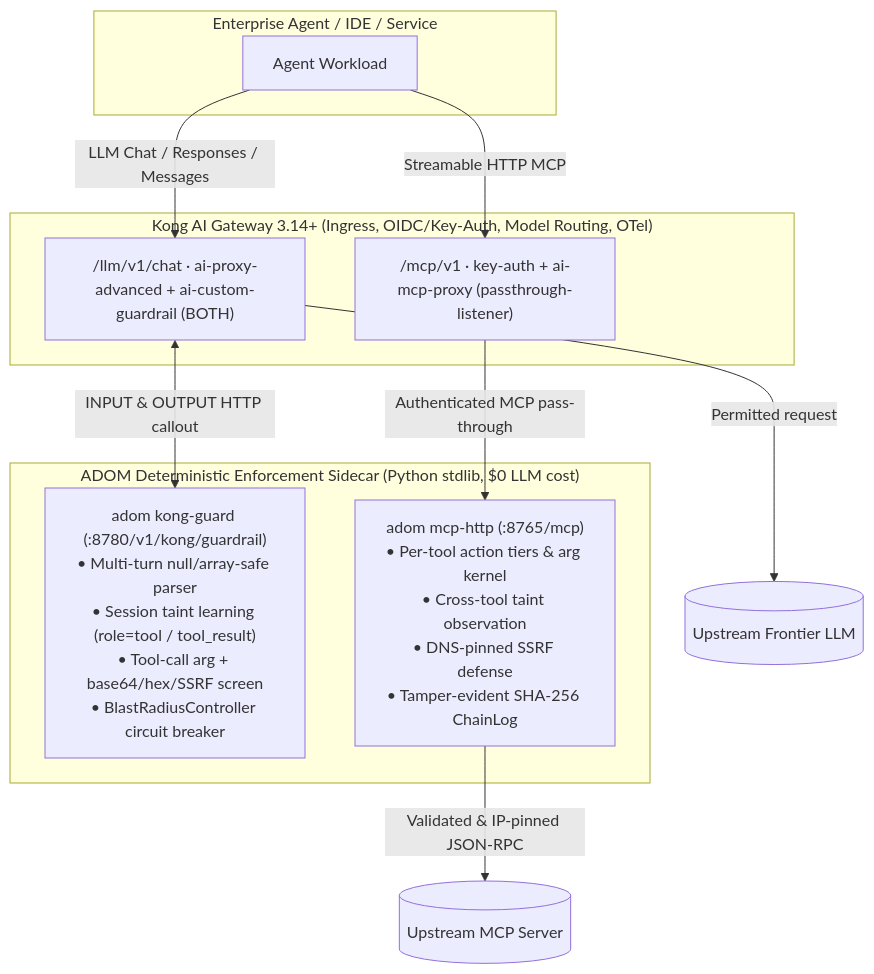
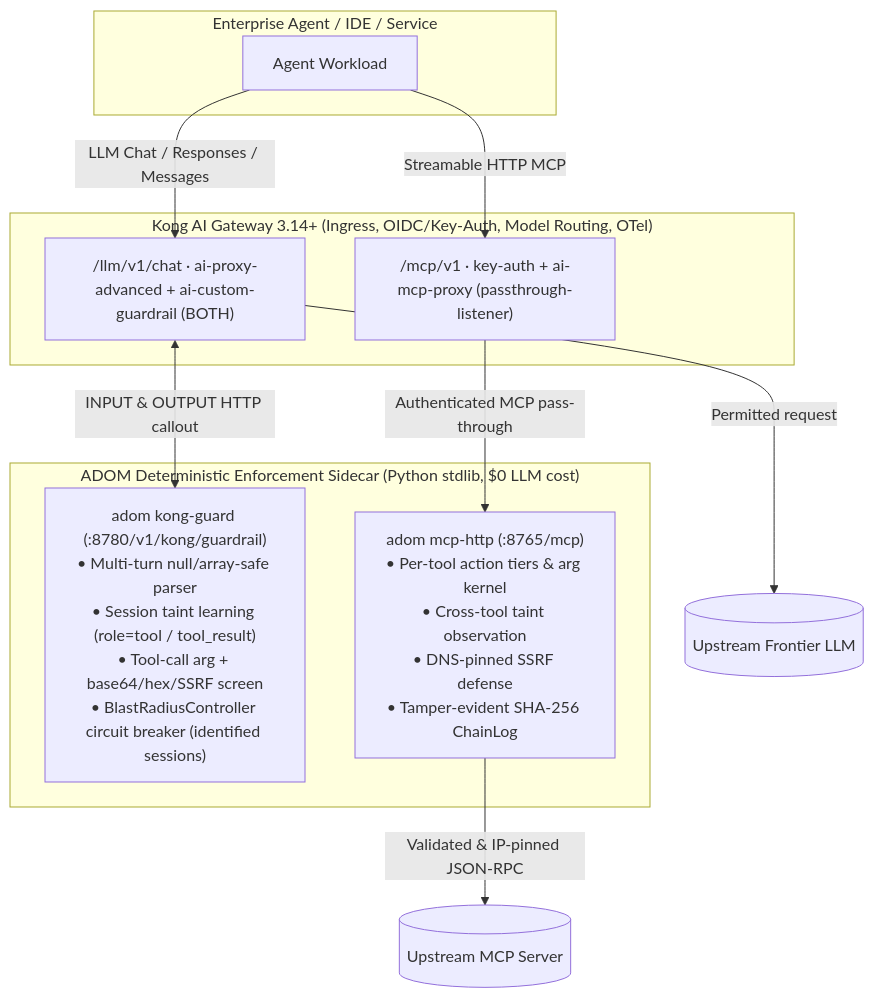
Before and after one commit to SilkForgeAi/adom-agent-security: the diagram in docs/KONG_AI_GATEWAY_ARCHITECTURE.md, drawn with Mermaid. The commit also changed other lines of this file and 10 other files, not shown here.

````diff
--- a/docs/KONG_AI_GATEWAY_ARCHITECTURE.md
+++ b/docs/KONG_AI_GATEWAY_ARCHITECTURE.md
@@ -27,27 +27,27 @@
 ```mermaid
 flowchart TB
     subgraph ClientLayer["Enterprise Agent / IDE / Service"]
         A[Agent Workload]
     end
 
     subgraph KongPlane["Kong AI Gateway 3.14+ (Ingress, OIDC/Key-Auth, Model Routing, OTel)"]
         LRoute["/llm/v1/chat · ai-proxy-advanced + ai-custom-guardrail (BOTH)"]
         MRoute["/mcp/v1 · key-auth + ai-mcp-proxy (passthrough-listener)"]
     end
 
     subgraph AdomPlane["ADOM Deterministic Enforcement Sidecar (Python stdlib, $0 LLM cost)"]
-        KG["adom kong-guard (:8780/v1/kong/guardrail)\n• Multi-turn null/array-safe parser\n• Session taint learning (role=tool / tool_result)\n• Tool-call arg + base64/hex/SSRF screen\n• BlastRadiusController circuit breaker"]
+        KG["adom kong-guard (:8780/v1/kong/guardrail)\n• Multi-turn null/array-safe parser\n• Session taint learning (role=tool / tool_result)\n• Tool-call arg + base64/hex/SSRF screen\n• BlastRadiusController circuit breaker (identified sessions)"]
         MP["adom mcp-http (:8765/mcp)\n• Per-tool action tiers & arg kernel\n• Cross-tool taint observation\n• DNS-pinned SSRF defense\n• Tamper-evident SHA-256 ChainLog"]
     end
 
     LLM[(Upstream Frontier LLM)]
     MCP[(Upstream MCP Server)]
 
     A -->|LLM Chat / Responses / Messages| LRoute
     LRoute <-->|INPUT & OUTPUT HTTP callout| KG
     LRoute -->|Permitted request| LLM
 
     A -->|Streamable HTTP MCP| MRoute
     MRoute -->|Authenticated MCP pass-through| MP
     MP -->|Validated & IP-pinned JSON-RPC| MCP
 ```
````
